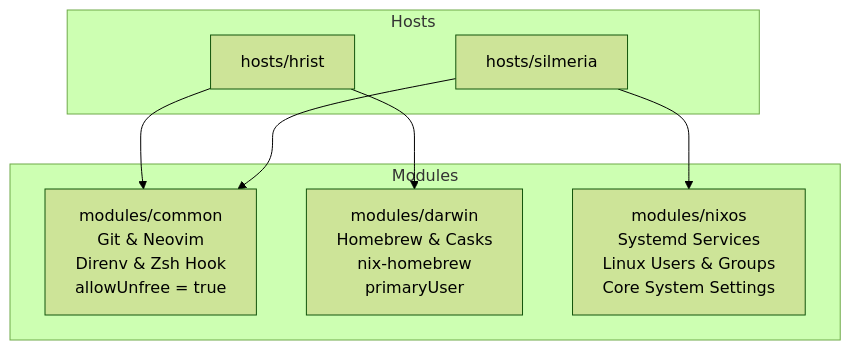
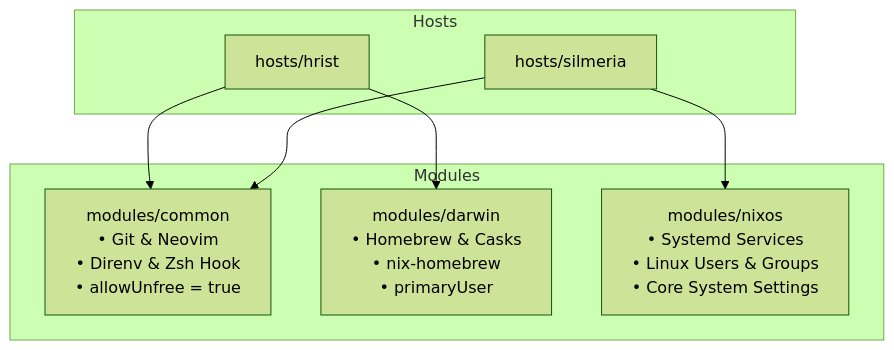
The diagram in README.md (mikaelsouza/nix-server), drawn with Mermaid (forest theme) before and after one commit. The commit also changed other lines of this file and 1 other file, not shown here.

Commit message:
fix(docs): harden verify-docs.sh drift guards and correct README details
verify-docs.sh now catches tree files that do not exist, validates flake.nix
inputs match README, fails loudly when hosts/modules/README are missing, keeps
underscore anchor links visible, and clears stale dirs in the tree parser.
README: correct nixpkgs branch to nixpkgs-26.05-darwin, restore mermaid
bullets, add badge source URLs to references.

````diff
--- a/README.md
+++ b/README.md
@@ -116,18 +116,18 @@
 ```mermaid
 graph TD
     subgraph Hosts
         H1[hosts/hrist]
         H2[hosts/silmeria]
     end
 
     subgraph Modules
-        MC[modules/common<br/>Git & Neovim<br/>Direnv & Zsh Hook<br/>allowUnfree = true]
-        MD[modules/darwin<br/>Homebrew & Casks<br/>nix-homebrew<br/>primaryUser]
-        MN[modules/nixos<br/>Systemd Services<br/>Linux Users & Groups<br/>Core System Settings]
+        MC[modules/common<br/>• Git & Neovim<br/>• Direnv & Zsh Hook<br/>• allowUnfree = true]
+        MD[modules/darwin<br/>• Homebrew & Casks<br/>• nix-homebrew<br/>• primaryUser]
+        MN[modules/nixos<br/>• Systemd Services<br/>• Linux Users & Groups<br/>• Core System Settings]
     end
 
     H1 --> MC
     H1 --> MD
     H2 --> MC
     H2 --> MN
 ```
````
